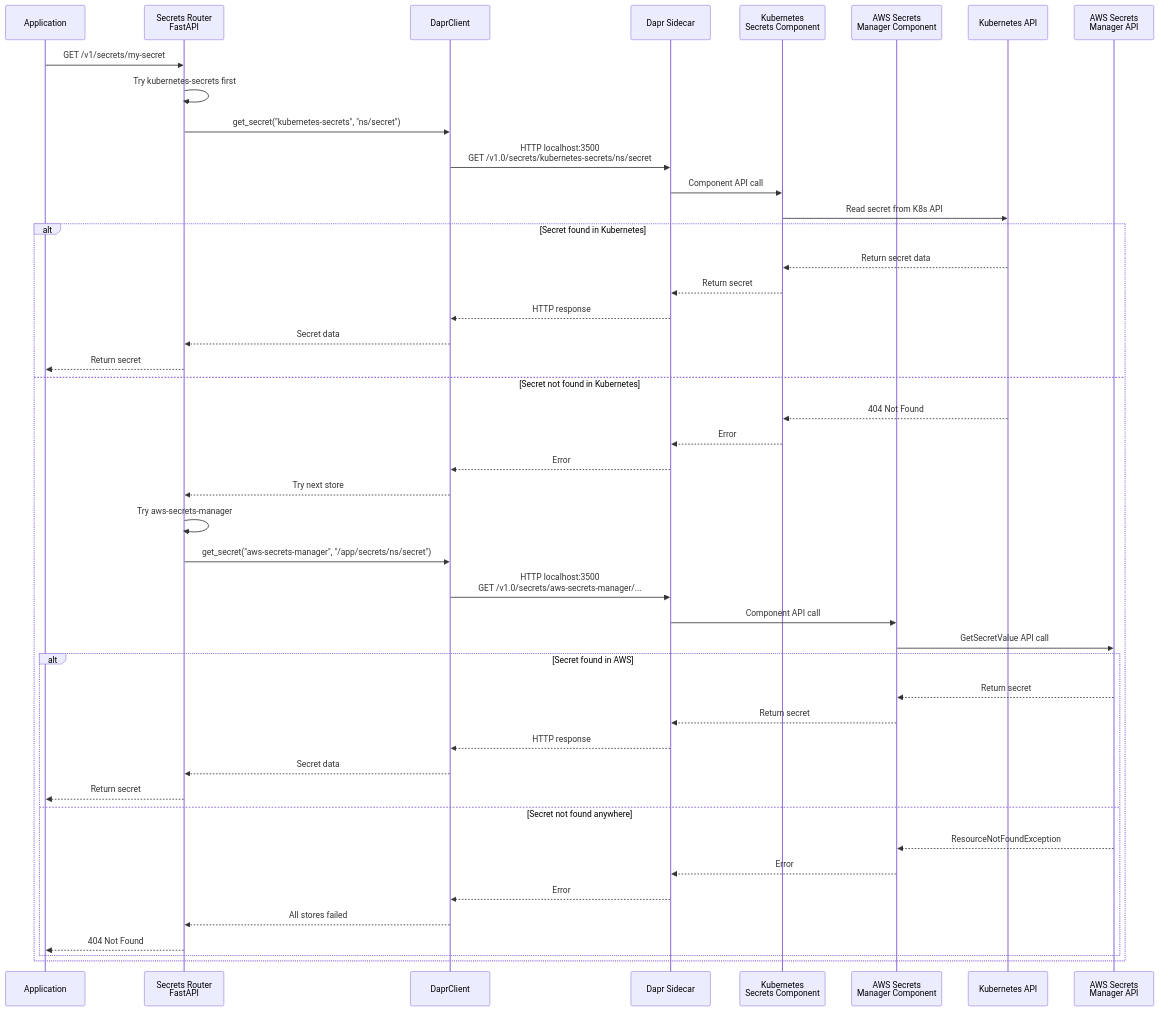
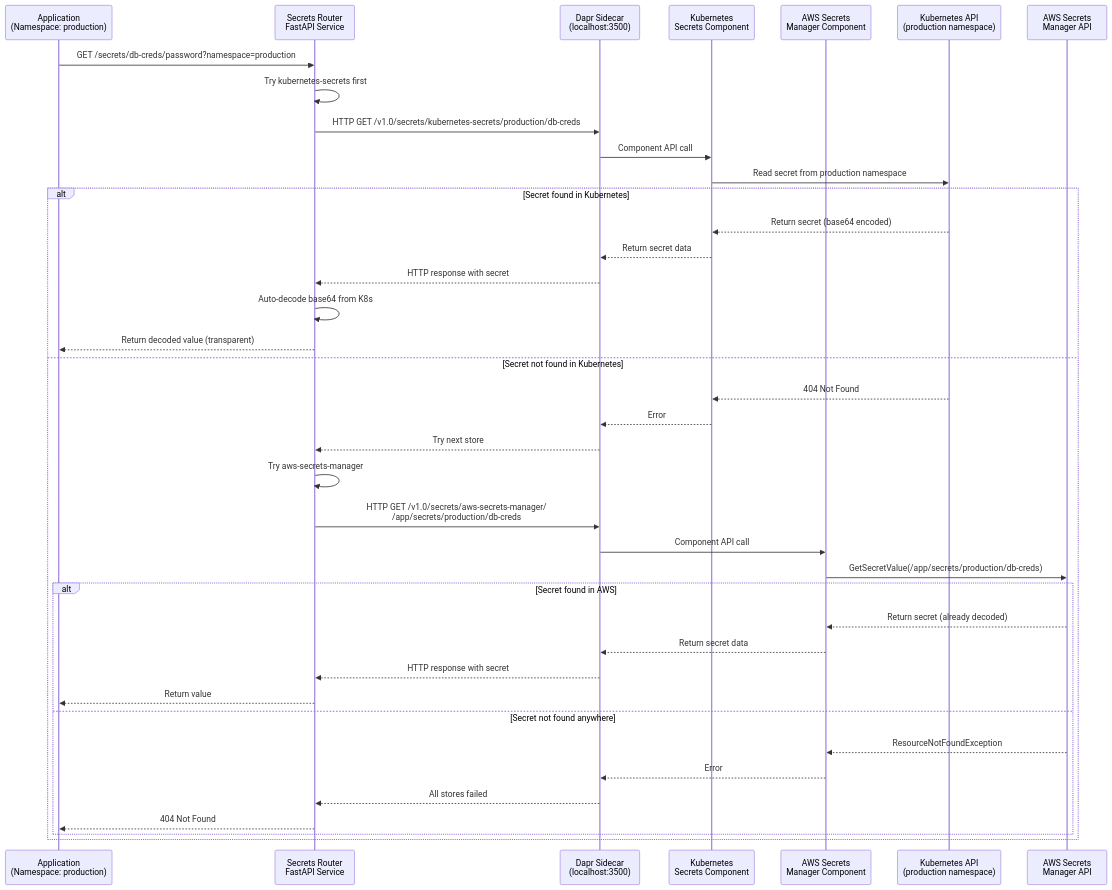
The second of 3 diagrams in DAPR_INTEGRATION.md (caretak3r/secrets-router), drawn with Mermaid before and after one commit. The commit also changed other lines of this file and 16 other files, not shown here.

````diff
--- a/DAPR_INTEGRATION.md
+++ b/DAPR_INTEGRATION.md
@@ -66,52 +88,46 @@
 ```mermaid
 sequenceDiagram
-    participant App as Application
-    participant Router as Secrets Router<br/>FastAPI
-    participant Client as DaprClient
-    participant Sidecar as Dapr Sidecar
+    participant App as Application<br/>(Namespace: production)
+    participant Router as Secrets Router<br/>FastAPI Service
+    participant Sidecar as Dapr Sidecar<br/>(localhost:3500)
     participant K8SComp as Kubernetes<br/>Secrets Component
     participant AWSComp as AWS Secrets<br/>Manager Component
-    participant K8SAPI as Kubernetes API
+    participant K8SAPI as Kubernetes API<br/>(production namespace)
     participant AWSAPI as AWS Secrets<br/>Manager API
     
-    App->>Router: GET /v1/secrets/my-secret
+    App->>Router: GET /secrets/db-creds/password?namespace=production
     Router->>Router: Try kubernetes-secrets first
     
-    Router->>Client: get_secret("kubernetes-secrets", "ns/secret")
-    Client->>Sidecar: HTTP localhost:3500<br/>GET /v1.0/secrets/kubernetes-secrets/ns/secret
+    Router->>Sidecar: HTTP GET /v1.0/secrets/kubernetes-secrets/production/db-creds
     Sidecar->>K8SComp: Component API call
-    K8SComp->>K8SAPI: Read secret from K8s API
+    K8SComp->>K8SAPI: Read secret from production namespace
     
     alt Secret found in Kubernetes
-        K8SAPI-->>K8SComp: Return secret data
-        K8SComp-->>Sidecar: Return secret
-        Sidecar-->>Client: HTTP response
-        Client-->>Router: Secret data
-        Router-->>App: Return secret
+        K8SAPI-->>K8SComp: Return secret (base64 encoded)
+        K8SComp-->>Sidecar: Return secret data
+        Sidecar-->>Router: HTTP response with secret
+        Router->>Router: Auto-decode base64 from K8s
+        Router-->>App: Return decoded value (transparent)
     else Secret not found in Kubernetes
         K8SAPI-->>K8SComp: 404 Not Found
         K8SComp-->>Sidecar: Error
-        Sidecar-->>Client: Error
-        Client-->>Router: Try next store
+        Sidecar-->>Router: Try next store
         
         Router->>Router: Try aws-secrets-manager
-        Router->>Client: get_secret("aws-secrets-manager", "/app/secrets/ns/secret")
-        Client->>Sidecar: HTTP localhost:3500<br/>GET /v1.0/secrets/aws-secrets-manager/...
+        Router->>Sidecar: HTTP GET /v1.0/secrets/aws-secrets-manager/<br/>/app/secrets/production/db-creds
         Sidecar->>AWSComp: Component API call
-        AWSComp->>AWSAPI: GetSecretValue API call
+        AWSComp->>AWSAPI: GetSecretValue(/app/secrets/production/db-creds)
         
         alt Secret found in AWS
-            AWSAPI-->>AWSComp: Return secret
-            AWSComp-->>Sidecar: Return secret
-            Sidecar-->>Client: HTTP response
-            Client-->>Router: Secret data
-            Router-->>App: Return secret
+            AWSAPI-->>AWSComp: Return secret (already decoded)
+            AWSComp-->>Sidecar: Return secret data
+            Sidecar-->>Router: HTTP response with secret
+            Router-->>App: Return value
         else Secret not found anywhere
             AWSAPI-->>AWSComp: ResourceNotFoundException
             AWSComp-->>Sidecar: Error
-            Sidecar-->>Client: Error
-            Client-->>Router: All stores failed
+            Sidecar-->>Router: All stores failed
             Router-->>App: 404 Not Found
         end
     end
 ```
````
